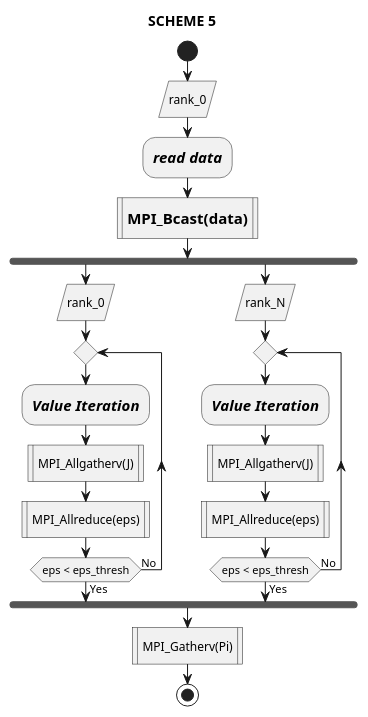
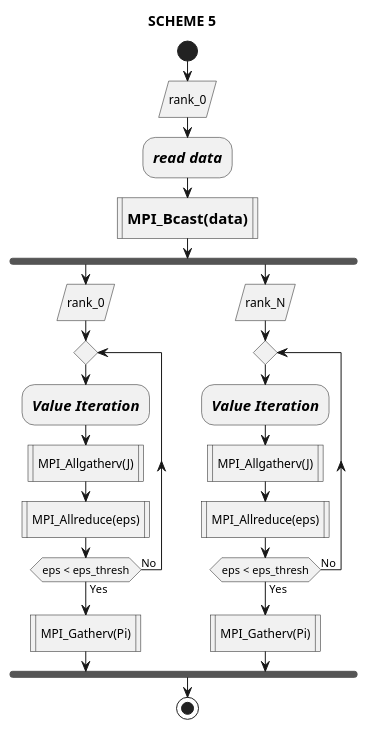
The diagram in src/scheme5.puml (hashkode/hpcfmi-mpivi), drawn with PlantUML before and after one commit. The commit also changed 10 other files, not shown here.

```diff
--- a/src/scheme5.puml
+++ b/src/scheme5.puml
@@ -1,27 +1,28 @@
 @startuml
 'left to right direction
 ' Horizontal lines: -->, <--, <-->'
 title SCHEME 5
 start
     :rank_0/
     :<size:15><i><b>read data</b></i></size>;
 :<size:15><b>MPI_Bcast(data)</b></size>|
 fork
     :rank_0/
 repeat
     :<size:15><i><b>Value Iteration</b></i></size>;
     :MPI_Allgatherv(J)|
     :MPI_Allreduce(eps)|
 repeat while (eps < eps_thresh) is (No) not (Yes)
+:MPI_Gatherv(Pi)|
 fork again
     :rank_N/
 repeat
     :<size:15><i><b>Value Iteration</b></i></size>;
     :MPI_Allgatherv(J)|
     :MPI_Allreduce(eps)|
 repeat while (eps < eps_thresh) is (No) not (Yes)
+:MPI_Gatherv(Pi)|
 end fork
-:MPI_Gatherv(Pi)|
 stop
 
 @enduml
```
